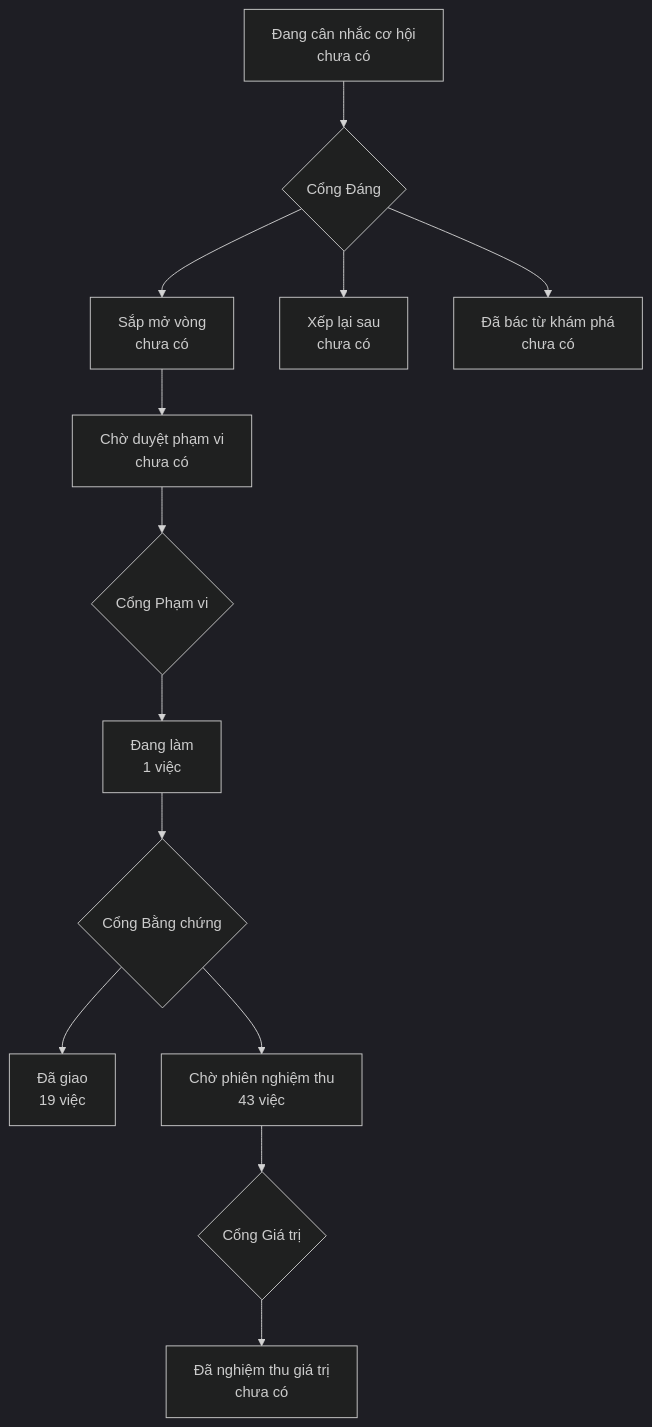
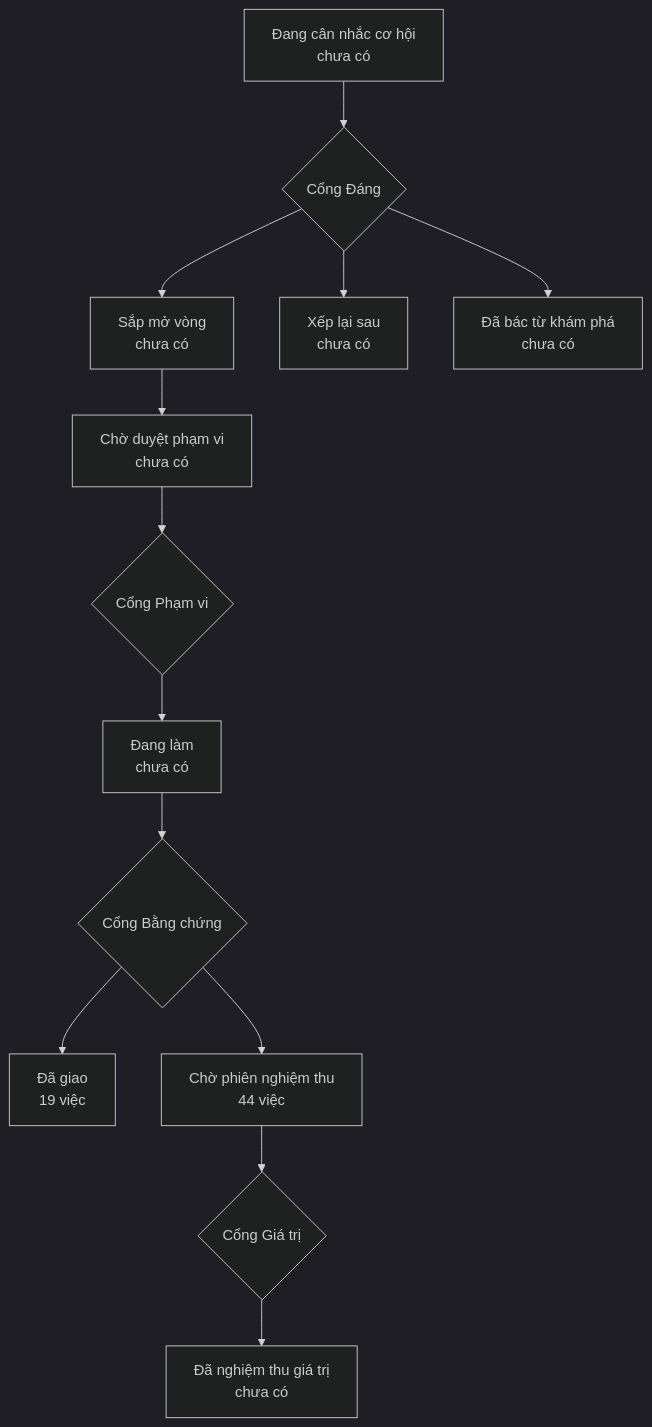
Before and after one commit to phanlemanh/onehub-quy-hang: the diagram in PRODUCT-MAP.md, drawn with Mermaid (dark theme). The commit also changed other lines of this file and 4 other files, not shown here.

````diff
--- a/PRODUCT-MAP.md
+++ b/PRODUCT-MAP.md
@@ -7,12 +7,12 @@
 ```mermaid
 flowchart TD
   A["Đang cân nhắc cơ hội<br/>chưa có"] --> GD{"Cổng Đáng"}
   GD --> B["Sắp mở vòng<br/>chưa có"]
   GD --> XL["Xếp lại sau<br/>chưa có"]
   GD --> DB["Đã bác từ khám phá<br/>chưa có"]
   B --> CD["Chờ duyệt phạm vi<br/>chưa có"] --> GP{"Cổng Phạm vi"}
-  GP --> DL["Đang làm<br/>1 việc"] --> GB{"Cổng Bằng chứng"}
+  GP --> DL["Đang làm<br/>chưa có"] --> GB{"Cổng Bằng chứng"}
   GB --> DG["Đã giao<br/>19 việc"]
-  GB --> CN["Chờ phiên nghiệm thu<br/>43 việc"] --> GG{"Cổng Giá trị"}
+  GB --> CN["Chờ phiên nghiệm thu<br/>44 việc"] --> GG{"Cổng Giá trị"}
   GG --> NT["Đã nghiệm thu giá trị<br/>chưa có"]
 ```
````
